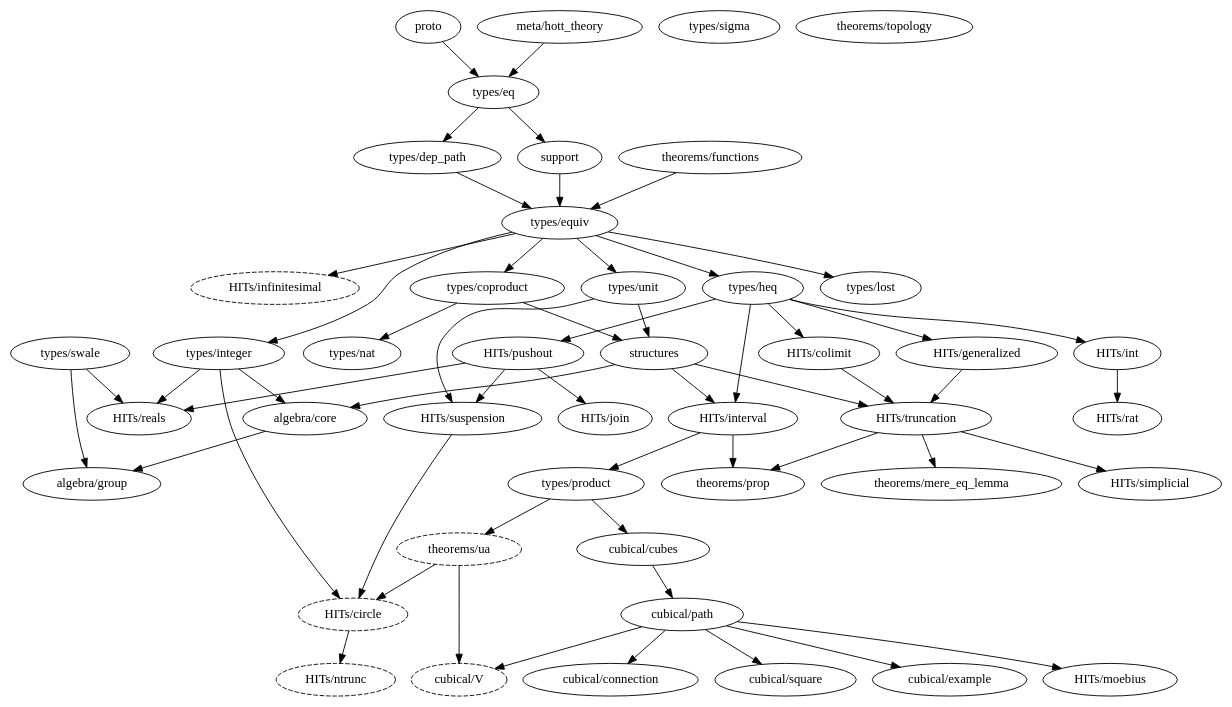
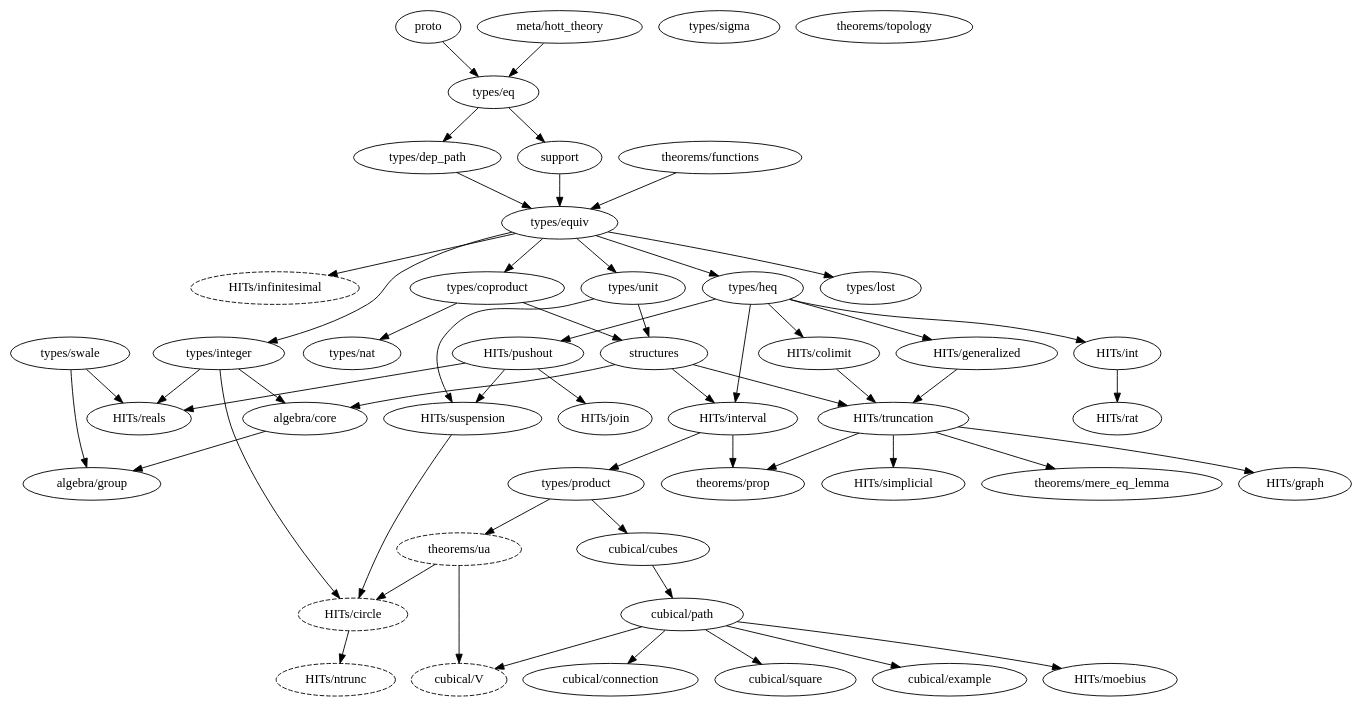
The diagram in dependency_map.gv (forked-from-1kasper/ground_zero), drawn with Graphviz before and after one commit. The commit also changed 4 other files, not shown here.

```diff
--- a/dependency_map.gv
+++ b/dependency_map.gv
@@ -1,88 +1,89 @@
 digraph dependency_map {
   proto -> "types/eq"
   "meta/hott_theory" -> "types/eq"
   support -> "types/equiv"
   structures -> { "HITs/interval", "HITs/truncation", "algebra/core" }
 
   subgraph univalence {
     node [style=dashed]
     "HITs/circle"
     "HITs/infinitesimal"
     "HITs/ntrunc"
     "theorems/ua"
     "cubical/V"
   }
 
   subgraph algebra {
     "algebra/core" -> "algebra/group"
   }
 
   subgraph types {
     "types/coproduct" -> { "types/nat", structures }
     "types/dep_path" -> "types/equiv"
     "types/eq" -> { "types/dep_path", support }
     "types/equiv" -> {
       "types/heq",
       "types/integer",
       "HITs/infinitesimal",
       "types/coproduct",
       "types/lost",
       "types/unit"
     }
     "types/heq" -> {
       "HITs/colimit",
       "HITs/generalized",
       "HITs/int",
       "HITs/pushout",
       "HITs/interval"
     }
-    "types/integer" ->  { "HITs/circle", "HITs/reals", "algebra/core" }
+    "types/integer" -> { "HITs/circle", "HITs/reals", "algebra/core" }
     "types/lost"
     "types/nat"
     "types/product" -> { "cubical/cubes", "theorems/ua" }
     "types/sigma"
     "types/swale" -> { "HITs/reals", "algebra/group" }
     "types/unit" -> { structures, "HITs/suspension" }
   }
 
   subgraph HITs {
     "HITs/circle" -> "HITs/ntrunc"
     "HITs/colimit" -> "HITs/truncation"
     "HITs/generalized" -> "HITs/truncation"
     "HITs/infinitesimal"
     "HITs/int" -> "HITs/rat"
     "HITs/interval" -> { "types/product", "theorems/prop" }
     "HITs/join"
     "HITs/pushout" -> {
       "HITs/join",
       "HITs/reals"
     }
     "HITs/pushout" -> "HITs/suspension"
     "HITs/rat"
     "HITs/reals"
     "HITs/simplicial"
     "HITs/suspension" -> "HITs/circle"
     "HITs/truncation" -> {
       "theorems/mere_eq_lemma",
       "theorems/prop",
-      "HITs/simplicial"
+      "HITs/simplicial",
+      "HITs/graph"
     }
   }
 
   subgraph cubical {
     "cubical/path" -> "HITs/moebius"
     "cubical/path" -> "cubical/connection"
     "cubical/cubes" -> "cubical/path"
     "cubical/path" -> "cubical/square"
     "cubical/path" -> "cubical/example"
     "cubical/path" -> "cubical/V"
   }
 
   subgraph theorems {
     "theorems/functions" -> "types/equiv"
     "theorems/mere_eq_lemma"
     "theorems/prop"
     "theorems/topology"
     "theorems/ua" -> { "HITs/circle", "cubical/V" }
   }
 }
```
